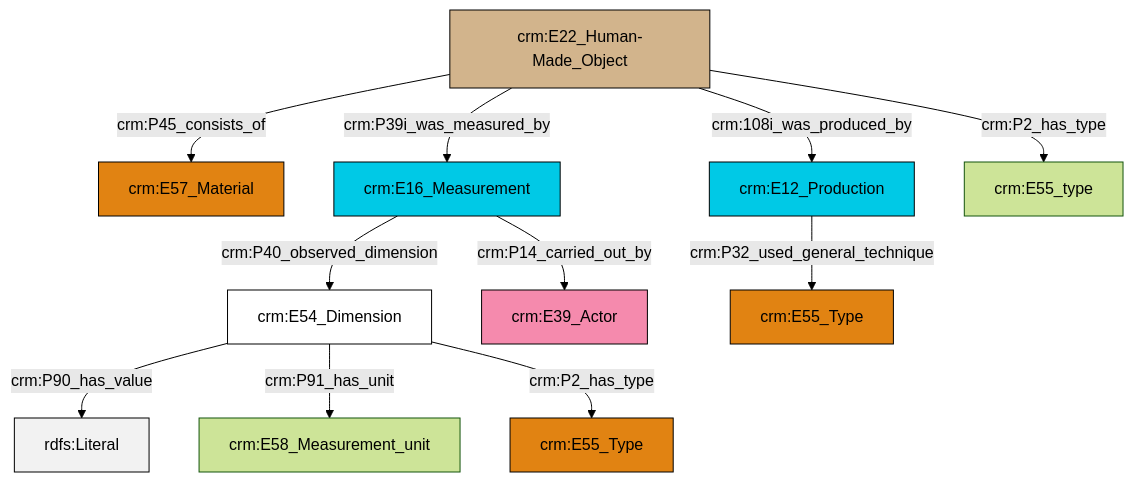
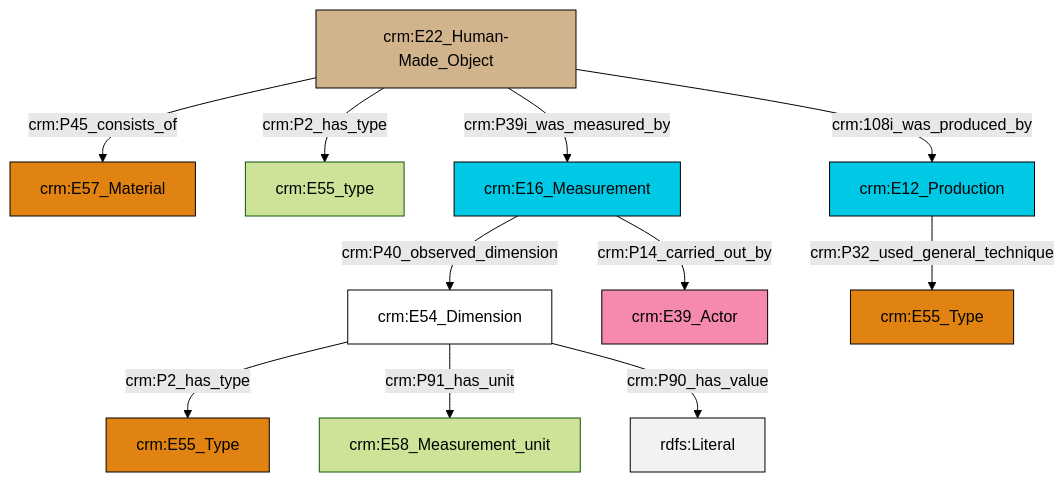
One commit to swiss-art-research-net/docs.swissartresearch changed the diagram in et/builtWorkCSV/ttl/mmd/Built_Work_substance.ttl.mmd. Above: the diagram before and after it, drawn with Mermaid (forest theme). The commit also changed 178 other files, not shown here.

```diff
--- a/et/builtWorkCSV/ttl/mmd/Built_Work_substance.ttl.mmd
+++ b/et/builtWorkCSV/ttl/mmd/Built_Work_substance.ttl.mmd
@@ -1,25 +1,25 @@
 graph TD
 classDef Literal fill:#f2f2f2,stroke:#000000;
 classDef CRM_Entity fill:#FFFFFF,stroke:#000000;
 classDef Temporal_Entity fill:#00C9E6, stroke:#000000;
 classDef Type fill:#E18312, stroke:#000000;
 classDef Time-Span fill:#2C9C91, stroke:#000000;
 classDef Appellation fill:#FFEB7F, stroke:#000000;
 classDef Place fill:#008836, stroke:#000000;
 classDef Persistent_Item fill:#B266B2, stroke:#000000;
 classDef Conceptual_Object fill:#FFD700, stroke:#000000;
 classDef Physical_Thing fill:#D2B48C, stroke:#000000;
 classDef Actor fill:#f58aad, stroke:#000000;
 classDef PC_Classes fill:#4ce600, stroke:#000000;
 classDef Multi fill:#cccccc,stroke:#000000;
 
-2["crm:E22_Human-Made_Object"]:::Physical_Thing -->|crm:P39i_was_measured_by| 3["crm:E16_Measurement"]:::Temporal_Entity
-4["crm:E54_Dimension"]:::CRM_Entity -->|crm:P90_has_value| 5[rdfs:Literal]:::Literal
-3["crm:E16_Measurement"]:::Temporal_Entity -->|crm:P40_observed_dimension| 4["crm:E54_Dimension"]:::CRM_Entity
-12["crm:E12_Production"]:::Temporal_Entity -->|crm:P32_used_general_technique| 8["crm:E55_Type"]:::Type
-4["crm:E54_Dimension"]:::CRM_Entity -->|crm:P91_has_unit| 19["crm:E58_Measurement_unit"]:::Default
-2["crm:E22_Human-Made_Object"]:::Physical_Thing -->|crm:108i_was_produced_by| 12["crm:E12_Production"]:::Temporal_Entity
-2["crm:E22_Human-Made_Object"]:::Physical_Thing -->|crm:P2_has_type| 16["crm:E55_type"]:::Default
-2["crm:E22_Human-Made_Object"]:::Physical_Thing -->|crm:P45_consists_of| 0["crm:E57_Material"]:::Type
-4["crm:E54_Dimension"]:::CRM_Entity -->|crm:P2_has_type| 14["crm:E55_Type"]:::Type
-3["crm:E16_Measurement"]:::Temporal_Entity -->|crm:P14_carried_out_by| 6["crm:E39_Actor"]:::Actor
+4["crm:E22_Human-Made_Object"]:::Physical_Thing -->|crm:P45_consists_of| 5["crm:E57_Material"]:::Type
+4["crm:E22_Human-Made_Object"]:::Physical_Thing -->|crm:P2_has_type| 8["crm:E55_type"]:::Default
+9["crm:E16_Measurement"]:::Temporal_Entity -->|crm:P40_observed_dimension| 0["crm:E54_Dimension"]:::CRM_Entity
+0["crm:E54_Dimension"]:::CRM_Entity -->|crm:P2_has_type| 2["crm:E55_Type"]:::Type
+4["crm:E22_Human-Made_Object"]:::Physical_Thing -->|crm:P39i_was_measured_by| 9["crm:E16_Measurement"]:::Temporal_Entity
+12["crm:E12_Production"]:::Temporal_Entity -->|crm:P32_used_general_technique| 13["crm:E55_Type"]:::Type
+0["crm:E54_Dimension"]:::CRM_Entity -->|crm:P91_has_unit| 14["crm:E58_Measurement_unit"]:::Default
+4["crm:E22_Human-Made_Object"]:::Physical_Thing -->|crm:108i_was_produced_by| 12["crm:E12_Production"]:::Temporal_Entity
+0["crm:E54_Dimension"]:::CRM_Entity -->|crm:P90_has_value| 15[rdfs:Literal]:::Literal
+9["crm:E16_Measurement"]:::Temporal_Entity -->|crm:P14_carried_out_by| 6["crm:E39_Actor"]:::Actor
```
